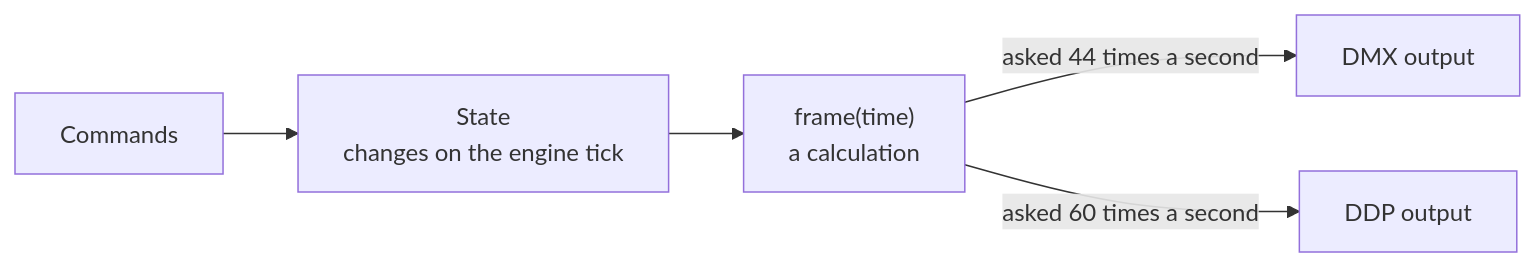
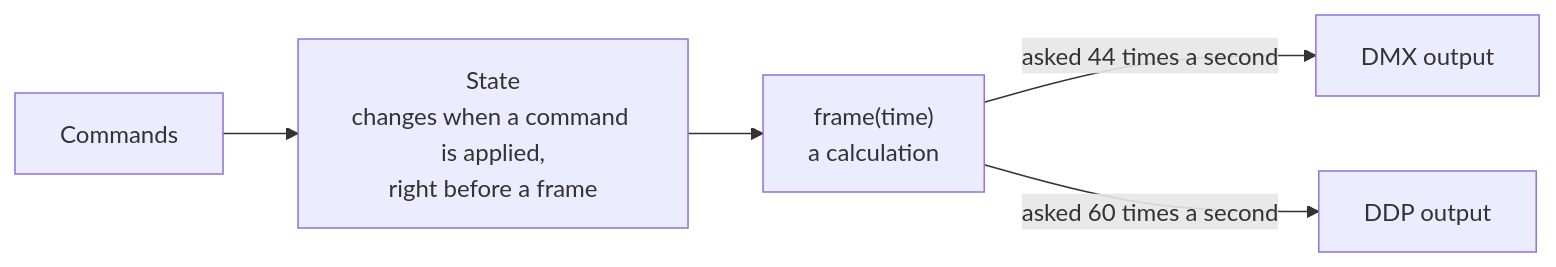
Before and after one commit to abossard/bossylights: the third of 14 diagrams in docs/design/theory.md, drawn with Mermaid. The commit also changed 2 other files, not shown here.

Commit message:
docs: stack confirmed; first engine slice: one real-time thread, many outputs, six tickets

````diff
--- a/docs/design/theory.md
+++ b/docs/design/theory.md
@@ -67,7 +67,7 @@
 ```mermaid
 flowchart LR
-  C["Commands"] --> U["State<br/>changes on the engine tick"]
+  C["Commands"] --> U["State<br/>changes when a command is applied,<br/>right before a frame"]
   U --> F["frame(time)<br/>a calculation"]
   F -- "asked 44 times a second" --> D["DMX output"]
   F -- "asked 60 times a second" --> W["DDP output"]
 ```
````
